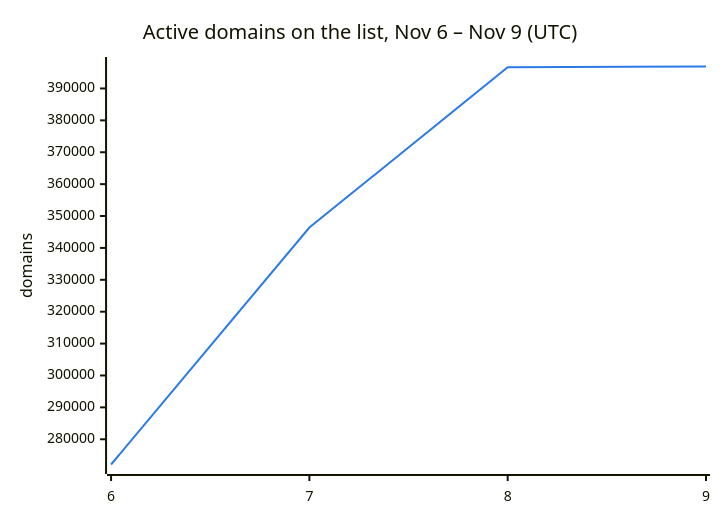
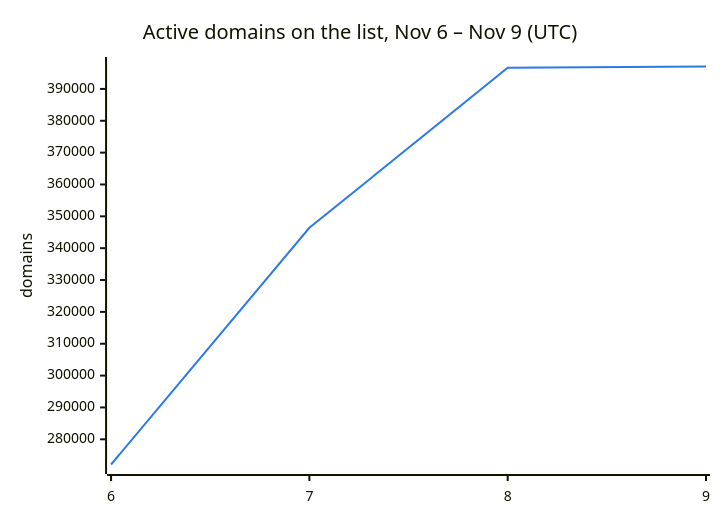
Before and after one commit to DNSBunker/CTI: the second of 3 diagrams in README.md, drawn with Mermaid. The commit also changed other lines of this file and 3 other files, not shown here.

````diff
--- a/README.md
+++ b/README.md
@@ -38,8 +38,8 @@
 ```mermaid
 %%{init: {"themeVariables": {"xyChart": {"plotColorPalette": "#2c7be5"}}}}%%
 xychart-beta
     title "Active domains on the list, Nov 6 – Nov 9 (UTC)"
     x-axis ["6", "7", "8", "9"]
     y-axis "domains"
-    line [272088, 346388, 396638, 396886]
+    line [272088, 346388, 396638, 397040]
 ```
````
